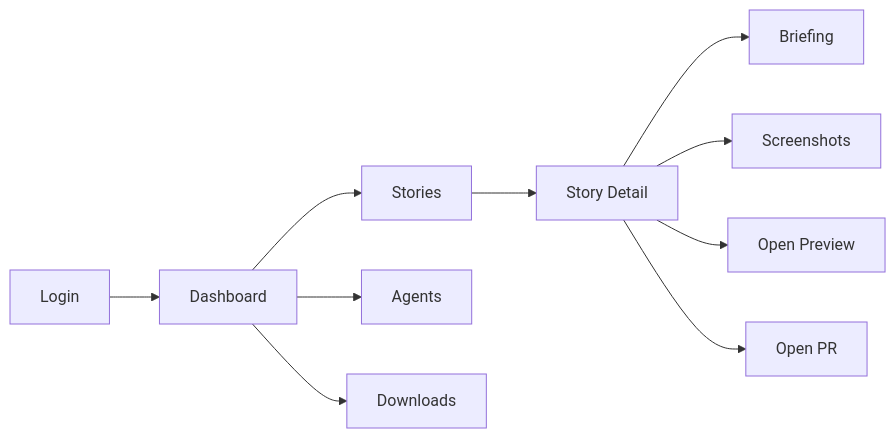
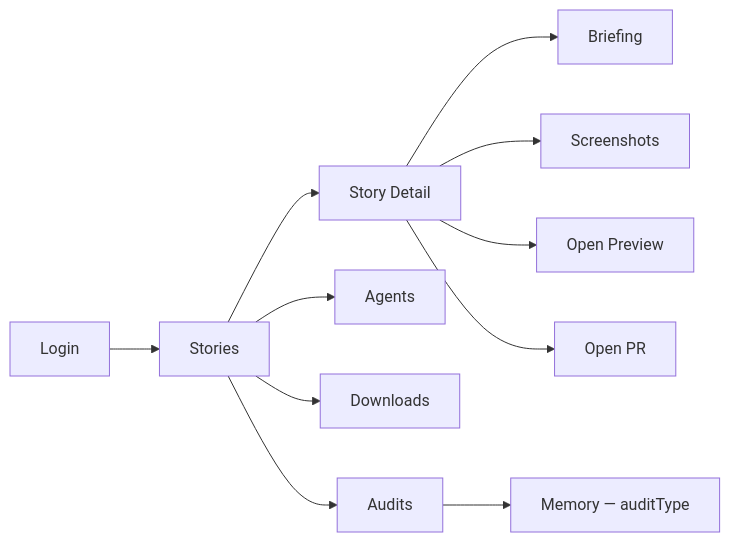
One commit to robbertvdzon/software-factory changed the diagram in docs/factory/ux/screen-map.md. Above: the diagram before and after it, drawn with Mermaid. The commit also changed other lines of this file and 4 other files, not shown here.

````diff
--- a/docs/factory/ux/screen-map.md
+++ b/docs/factory/ux/screen-map.md
@@ -55,12 +60,13 @@
 ```mermaid
 flowchart LR
-    Login["Login"] --> Dashboard["Dashboard"]
-    Dashboard --> Stories["Stories"]
+    Login["Login"] --> Stories["Stories"]
     Stories --> Detail["Story Detail"]
     Detail --> Briefing["Briefing"]
     Detail --> Screenshots["Screenshots"]
     Detail --> Preview["Open Preview"]
     Detail --> PullRequest["Open PR"]
-    Dashboard --> Agents["Agents"]
-    Dashboard --> Downloads["Downloads"]
+    Stories --> Agents["Agents"]
+    Stories --> Downloads["Downloads"]
+    Stories --> Audits["Audits"]
+    Audits --> Memory["Memory — auditType"]
 ```
````
